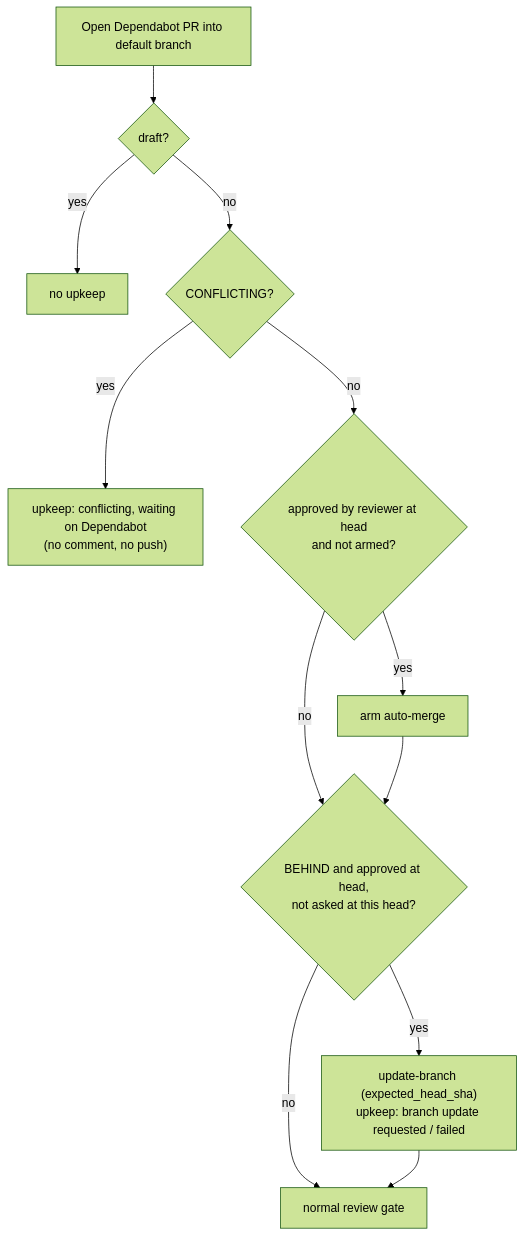
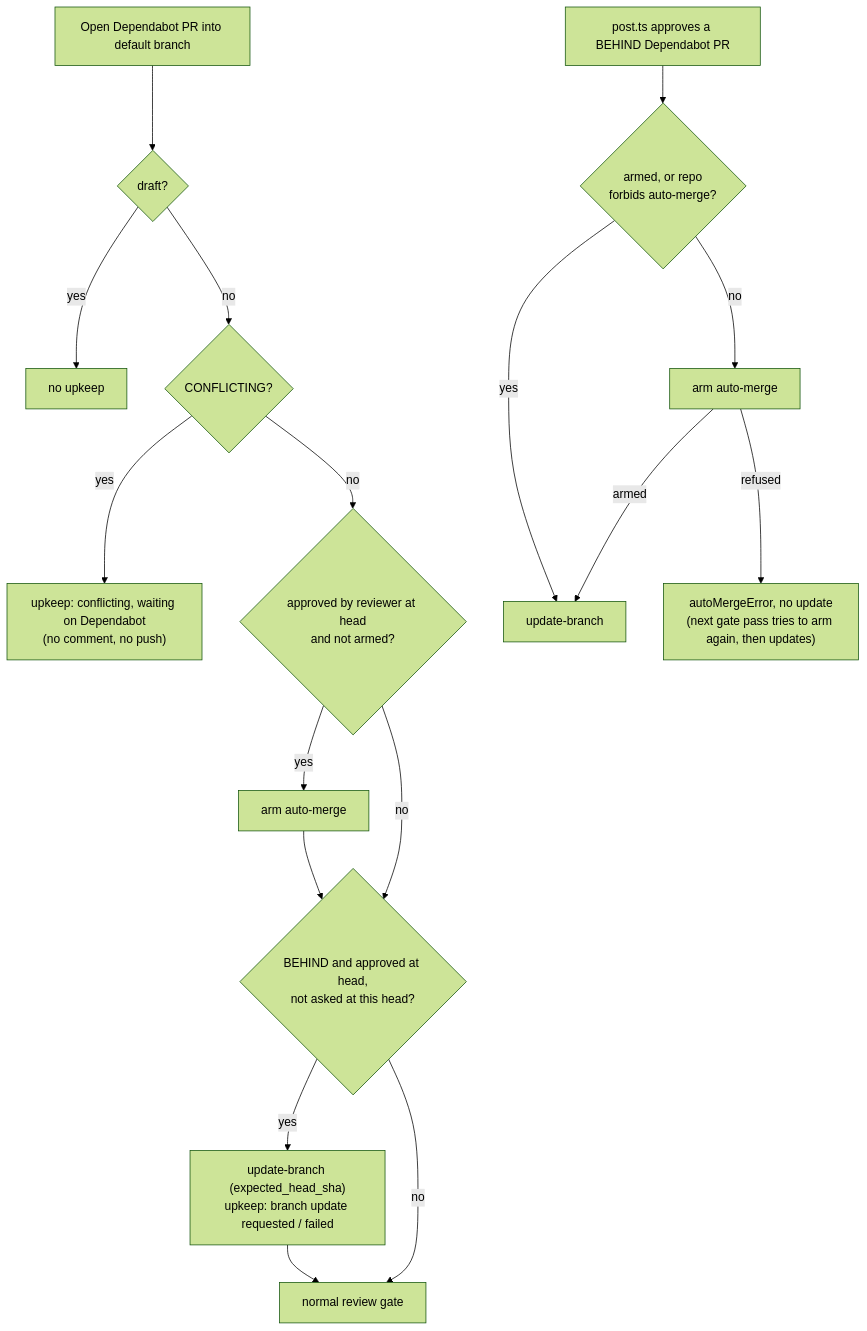
One commit to stSoftwareAU/VibeCoder changed the diagram in docs/archive/pr-summaries/pr-summary-3663.md. Above: the diagram before and after it, drawn with Mermaid (forest theme). The commit also changed other lines of this file and 8 other files, not shown here.

First line of the commit message:
Arm auto-merge before post.ts updates a Dependabot PR; fix PR summary (Issue #3663)

````diff
--- a/docs/archive/pr-summaries/pr-summary-3663.md
+++ b/docs/archive/pr-summaries/pr-summary-3663.md
@@ -56,14 +65,19 @@
 ```mermaid
 flowchart TD
     P[Open Dependabot PR into default branch] --> D{draft?}
     D -- yes --> N[no upkeep]
     D -- no --> C{CONFLICTING?}
     C -- yes --> W["upkeep: conflicting, waiting on Dependabot<br/>(no comment, no push)"]
     C -- no --> A{approved by reviewer at head<br/>and not armed?}
     A -- yes --> M[arm auto-merge]
     A -- no --> B
     M --> B{BEHIND and approved at head,<br/>not asked at this head?}
+    S["post.ts approves a BEHIND Dependabot PR"] --> SA{"armed, or repo<br/>forbids auto-merge?"}
+    SA -- no --> SM[arm auto-merge]
+    SM -- armed --> SU[update-branch]
+    SM -- refused --> SE["autoMergeError, no update<br/>(next gate pass tries to arm again, then updates)"]
+    SA -- yes --> SU
     B -- yes --> U["update-branch (expected_head_sha)<br/>upkeep: branch update requested / failed"]
     B -- no --> R[normal review gate]
     U --> R
 ```
````
